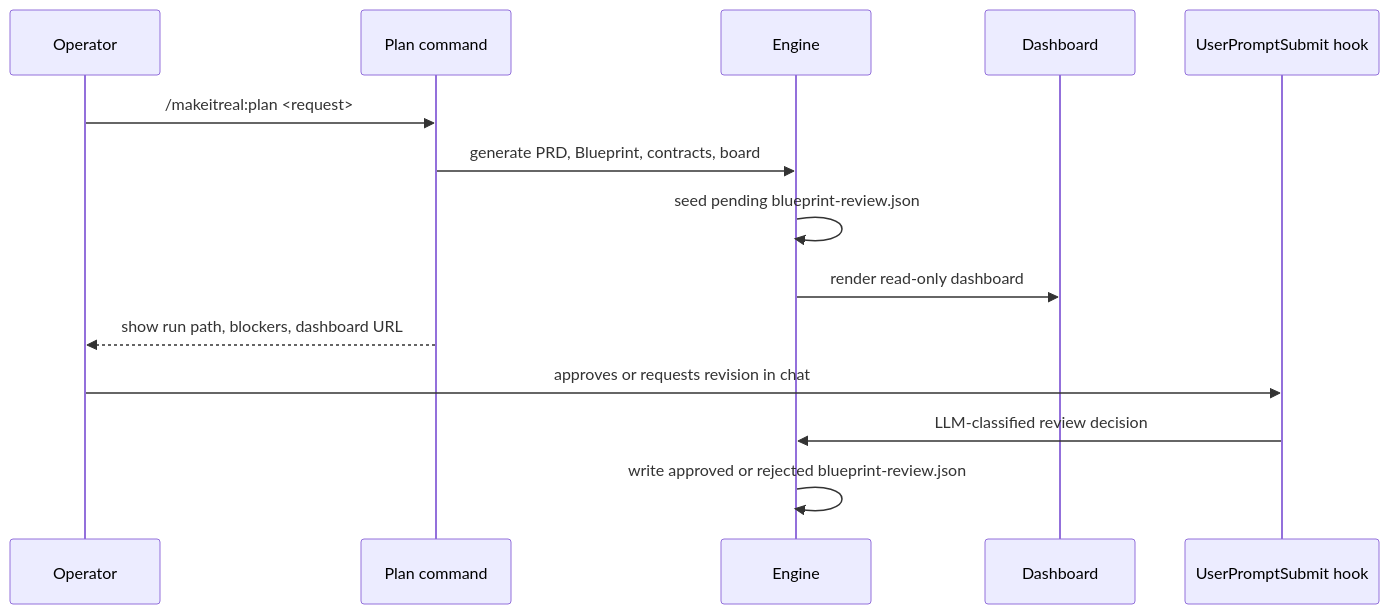
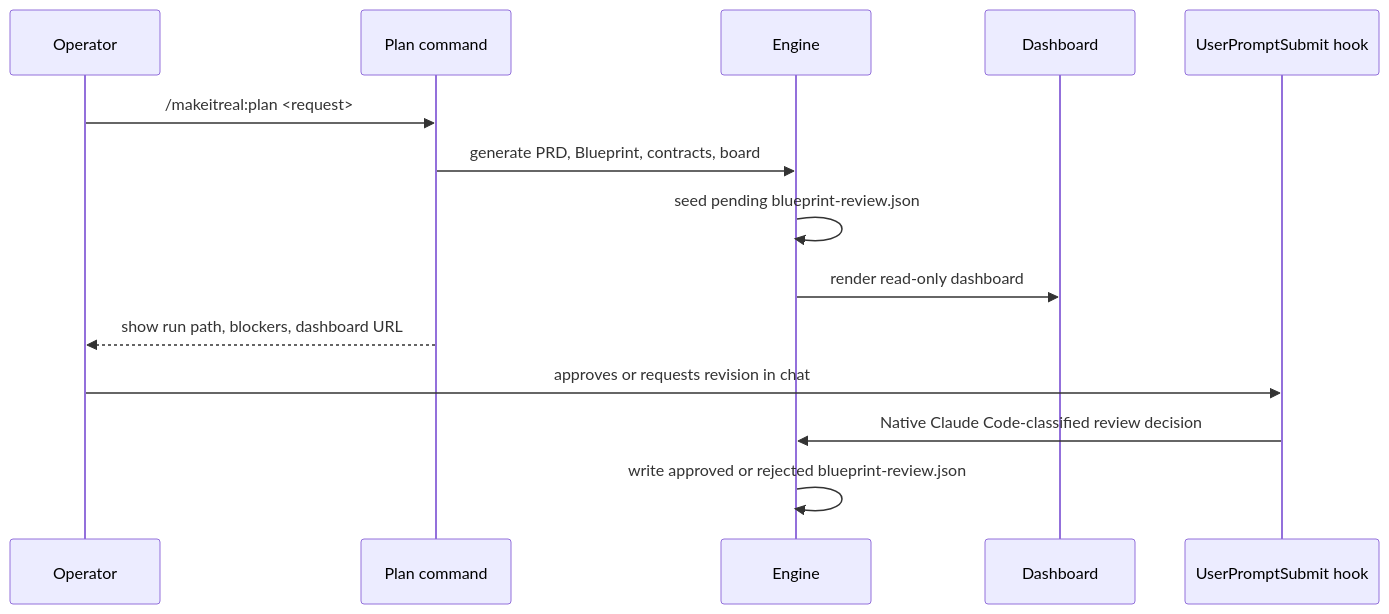
Before and after one commit to mir-makeitreal/makeitreal: the second of 2 diagrams in docs/architecture.md, drawn with Mermaid. The commit also changed other lines of this file and 30 other files, not shown here.

````diff
--- a/docs/architecture.md
+++ b/docs/architecture.md
@@ -129,17 +129,17 @@
 ```mermaid
 sequenceDiagram
   participant U as Operator
   participant P as Plan command
   participant E as Engine
   participant D as Dashboard
   participant H as UserPromptSubmit hook
 
   U->>P: /makeitreal:plan <request>
   P->>E: generate PRD, Blueprint, contracts, board
   E->>E: seed pending blueprint-review.json
   E->>D: render read-only dashboard
   P-->>U: show run path, blockers, dashboard URL
   U->>H: approves or requests revision in chat
-  H->>E: LLM-classified review decision
+  H->>E: Native Claude Code-classified review decision
   E->>E: write approved or rejected blueprint-review.json
 ```
````
